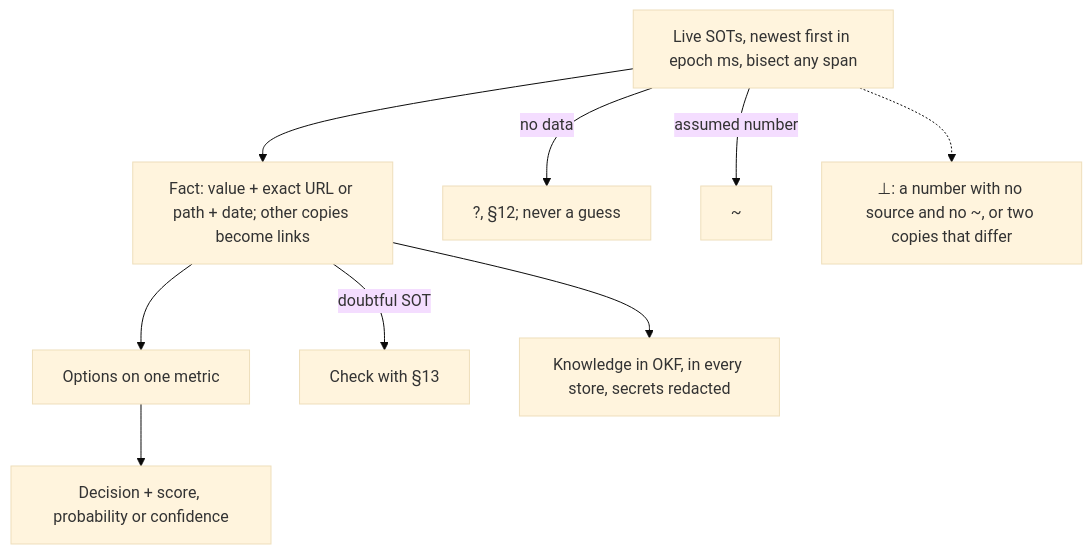
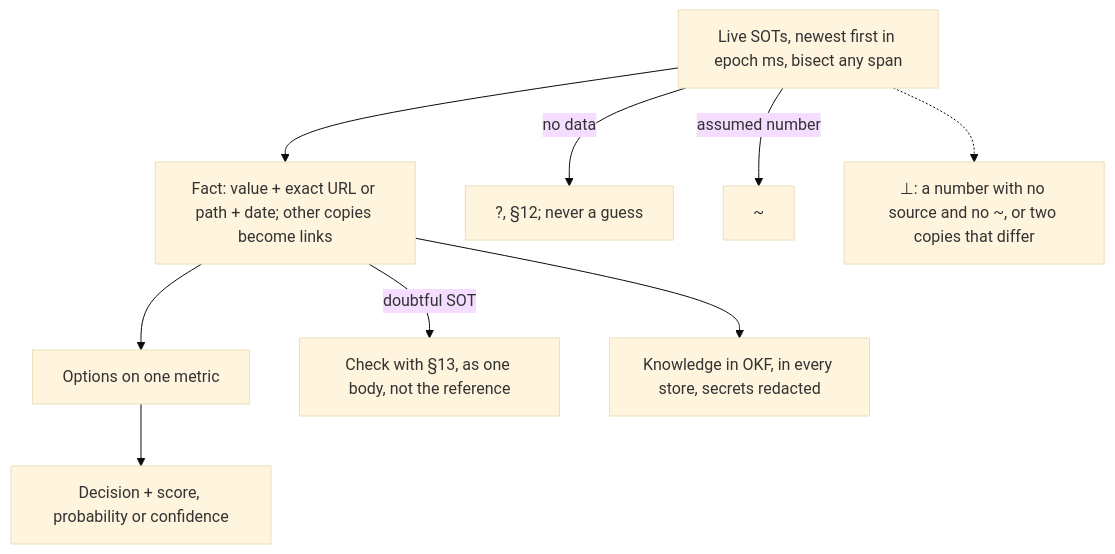
Before and after one commit to SolenixAI/arbiter: the sixth of 14 diagrams in AGENTS.md, drawn with Mermaid (base theme). The commit also changed other lines of this file, not shown here.

Commit message:
fix(agents): a doubtful SOT is checked as one body; trust needs silent bodies handled in all three forms; every 'find the next body' path loops back

````diff
--- a/AGENTS.md
+++ b/AGENTS.md
@@ -229,10 +229,10 @@
 ```mermaid
 flowchart TD
   D["Live SOTs, newest first in epoch ms, bisect any span"] --> E["Fact: value + exact URL or path + date; other copies become links"]
   E --> O[Options on one metric] --> C[Decision + score, probability or confidence]
   D -->|no data| U["?, §12; never a guess"]
   D -->|assumed number| U2["~"]
-  E -->|doubtful SOT| S13[Check with §13]
+  E -->|doubtful SOT| S13[Check with §13, as one body, not the reference]
   E --> K["Knowledge in OKF, in every store, secrets redacted"]
   D -.-> BOT["⊥: a number with no source and no ~, or two copies that differ"]
 ```
````
